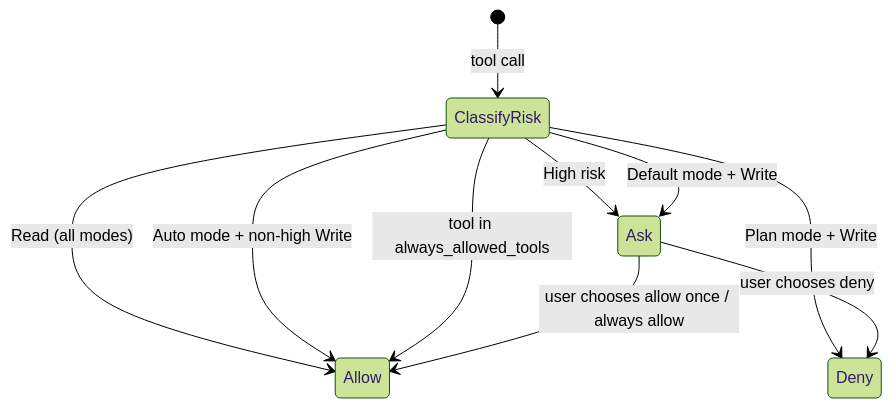
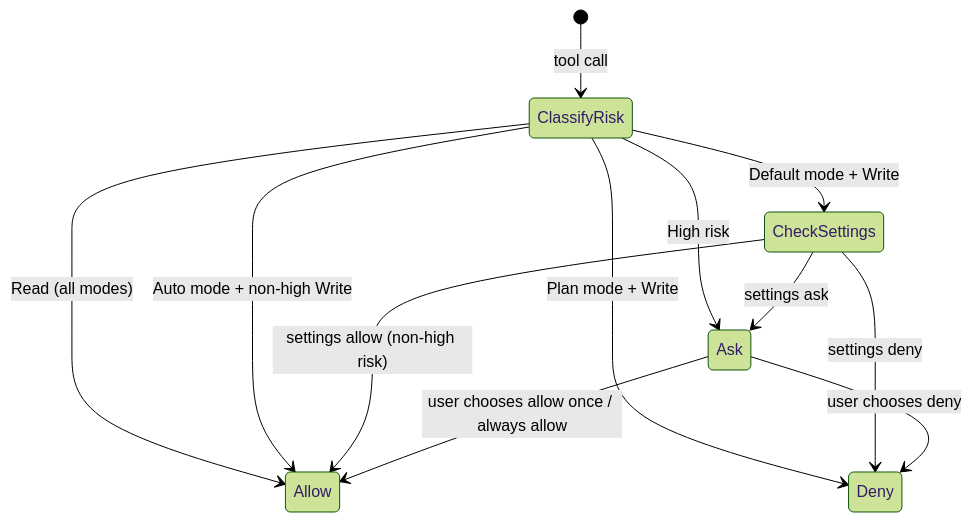
Before and after one commit to rust-infra/tact: the fifth of 6 diagrams in docs/state_machines.md, drawn with Mermaid (forest theme). The commit also changed other lines of this file and 126 other files, not shown here.

````diff
--- a/docs/state_machines.md
+++ b/docs/state_machines.md
@@ -211,13 +254,16 @@
 ```mermaid
 stateDiagram-v2
     [*] --> ClassifyRisk: tool call
     ClassifyRisk --> Allow: Read (all modes)
     ClassifyRisk --> Deny: Plan mode + Write
     ClassifyRisk --> Ask: High risk
     ClassifyRisk --> Allow: Auto mode + non-high Write
-    ClassifyRisk --> Ask: Default mode + Write
-    ClassifyRisk --> Allow: tool in always_allowed_tools
+    ClassifyRisk --> CheckSettings: Default mode + Write
+
+    CheckSettings --> Allow: settings allow (non-high risk)
+    CheckSettings --> Deny: settings deny
+    CheckSettings --> Ask: settings ask
 
     Ask --> Allow: user chooses allow once / always allow
     Ask --> Deny: user chooses deny
 ```
````
